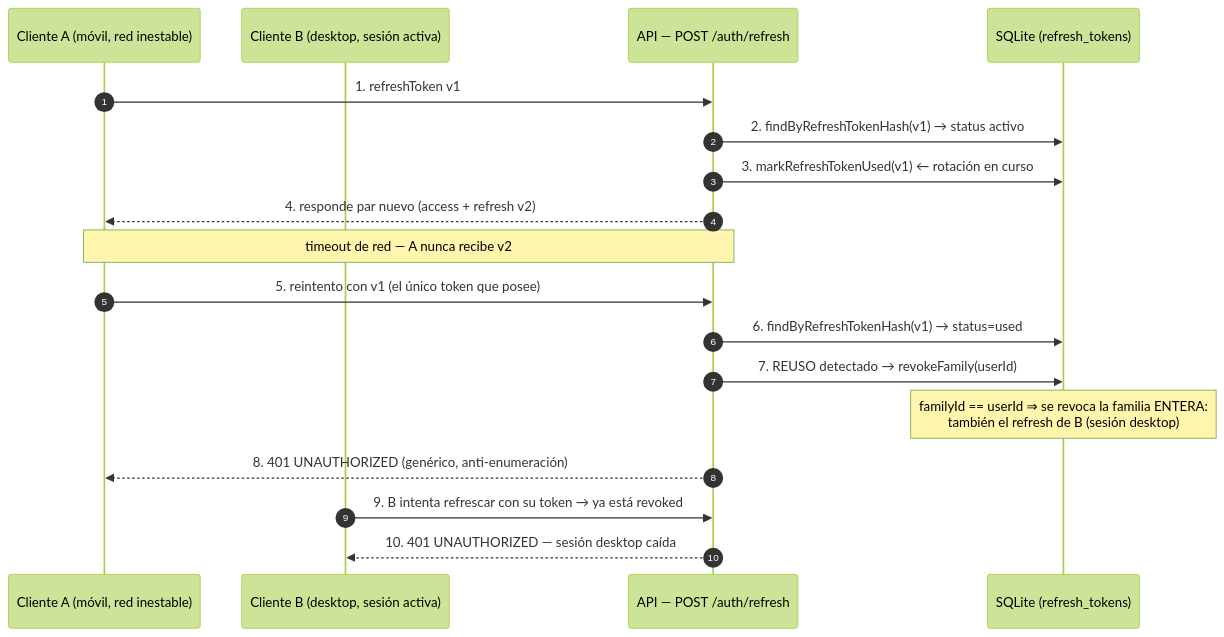
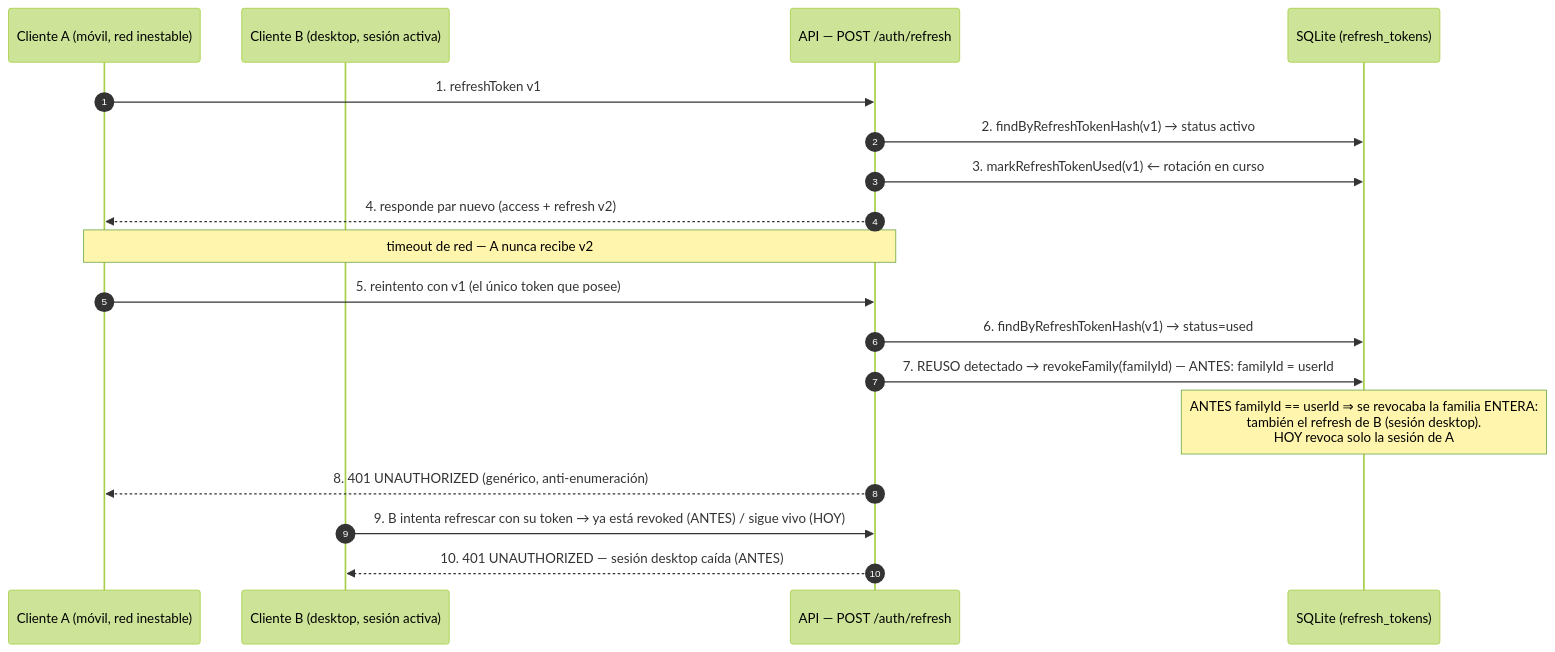
Before and after one commit to dpa70-dev/auth-api: the diagram in docs/12-figura1-reuso-familia.mmd, drawn with Mermaid (forest theme). The commit also changed 5 other files, not shown here.

Commit message:
docs(12): §12.1 como resuelta (familia = sesión) + cita de decisión 2 corregida en userRepository

```diff
--- a/docs/12-figura1-reuso-familia.mmd
+++ b/docs/12-figura1-reuso-familia.mmd
@@ -1,19 +1,19 @@
 sequenceDiagram
     autonumber
     participant A as Cliente A (móvil, red inestable)
     participant B as Cliente B (desktop, sesión activa)
     participant API as API — POST /auth/refresh
     participant DB as SQLite (refresh_tokens)
 
     A->>API: 1. refreshToken v1
     API->>DB: 2. findByRefreshTokenHash(v1) → status activo
     API->>DB: 3. markRefreshTokenUsed(v1) ← rotación en curso
     API-->>A: 4. responde par nuevo (access + refresh v2)
     Note over A,API: timeout de red — A nunca recibe v2
     A->>API: 5. reintento con v1 (el único token que posee)
     API->>DB: 6. findByRefreshTokenHash(v1) → status=used
-    API->>DB: 7. REUSO detectado → revokeFamily(userId)
-    Note over DB: familyId == userId ⇒ se revoca la familia ENTERA:<br/>también el refresh de B (sesión desktop)
+    API->>DB: 7. REUSO detectado → revokeFamily(familyId) — ANTES: familyId = userId
+    Note over DB: ANTES familyId == userId ⇒ se revocaba la familia ENTERA:<br/>también el refresh de B (sesión desktop).<br/>HOY revoca solo la sesión de A
     API-->>A: 8. 401 UNAUTHORIZED (genérico, anti-enumeración)
-    B->>API: 9. B intenta refrescar con su token → ya está revoked
-    API-->>B: 10. 401 UNAUTHORIZED — sesión desktop caída
+    B->>API: 9. B intenta refrescar con su token → ya está revoked (ANTES) / sigue vivo (HOY)
+    API-->>B: 10. 401 UNAUTHORIZED — sesión desktop caída (ANTES)
```
